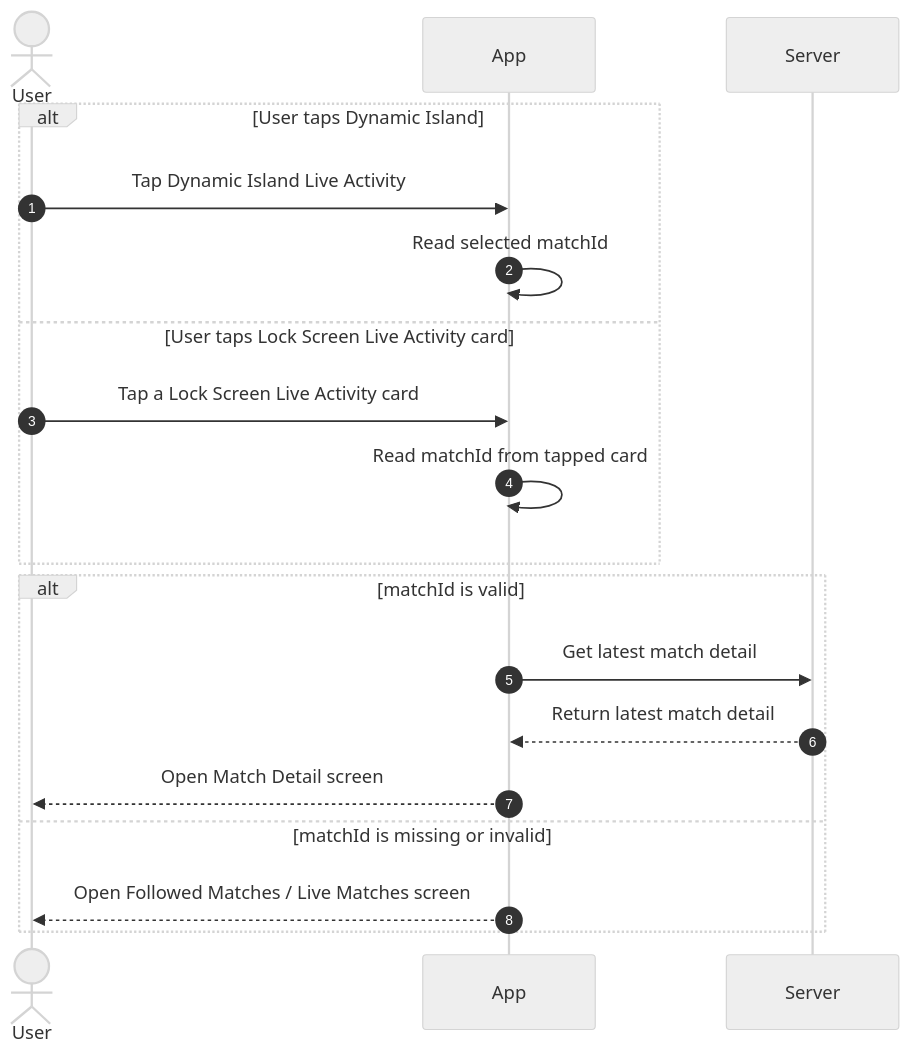
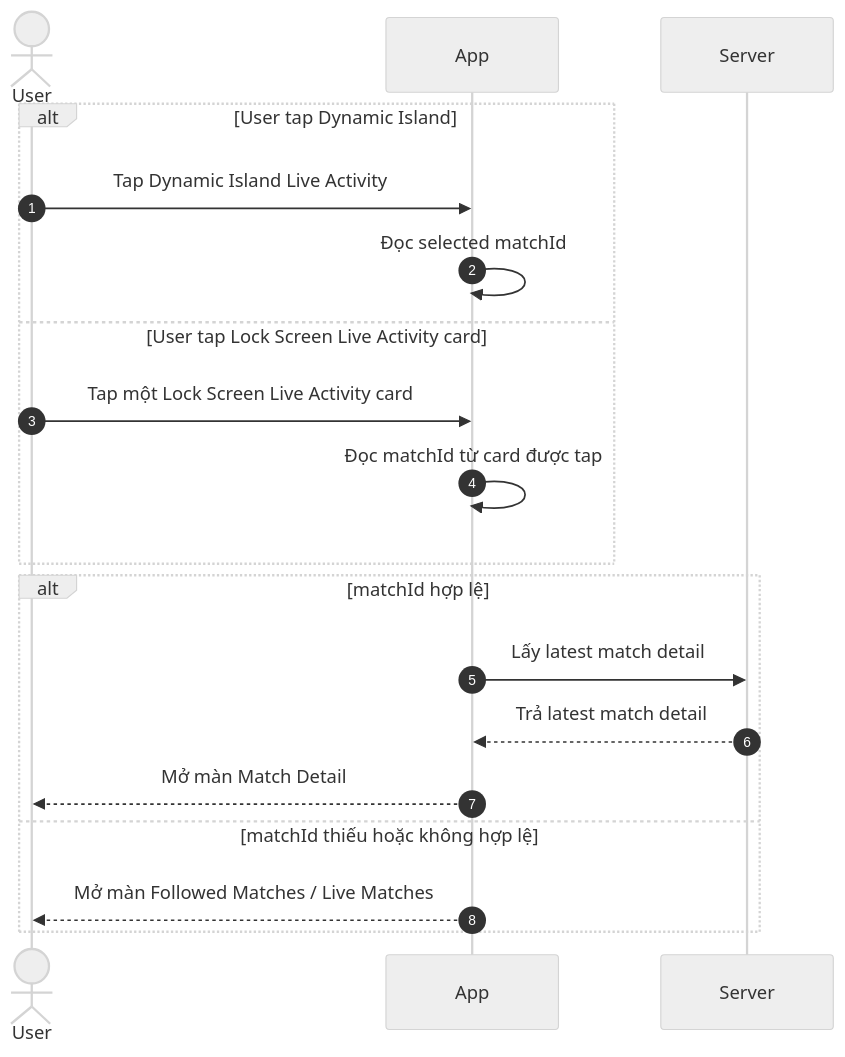
One commit to duongdang1136/FPTPLay changed the fourth of 4 diagrams in features/final-docs/Sport-Zone/Live-Activity/product/live-activity-user-flows.md. Above: the diagram before and after it, drawn with Mermaid (neutral theme). The commit also changed other lines of this file, not shown here.

Commit message:
docs: translate live activity user flows

````diff
--- a/features/final-docs/Sport-Zone/Live-Activity/product/live-activity-user-flows.md
+++ b/features/final-docs/Sport-Zone/Live-Activity/product/live-activity-user-flows.md
@@ -460,24 +459,24 @@
 ```mermaid
 sequenceDiagram
     autonumber
 
     actor User
     participant App
     participant Server
 
-    alt User taps Dynamic Island
+    alt User tap Dynamic Island
         User->>App: Tap Dynamic Island Live Activity
-        App->>App: Read selected matchId
-    else User taps Lock Screen Live Activity card
-        User->>App: Tap a Lock Screen Live Activity card
-        App->>App: Read matchId from tapped card
+        App->>App: Đọc selected matchId
+    else User tap Lock Screen Live Activity card
+        User->>App: Tap một Lock Screen Live Activity card
+        App->>App: Đọc matchId từ card được tap
     end
 
-    alt matchId is valid
-        App->>Server: Get latest match detail
-        Server-->>App: Return latest match detail
-        App-->>User: Open Match Detail screen
-    else matchId is missing or invalid
-        App-->>User: Open Followed Matches / Live Matches screen
+    alt matchId hợp lệ
+        App->>Server: Lấy latest match detail
+        Server-->>App: Trả latest match detail
+        App-->>User: Mở màn Match Detail
+    else matchId thiếu hoặc không hợp lệ
+        App-->>User: Mở màn Followed Matches / Live Matches
     end
 ```
````
